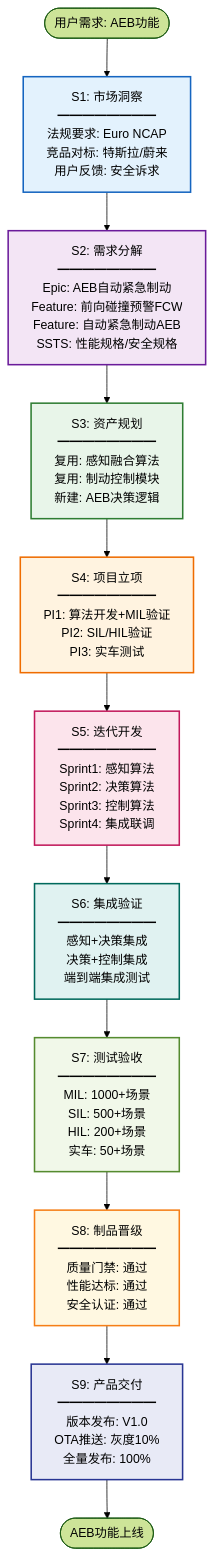
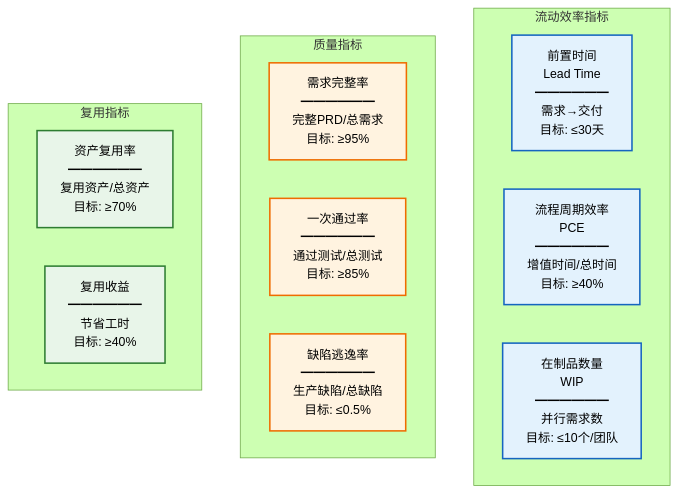
Before and after one commit to zjx-immersion/auto-rd-platform-prototype: the tenth of 30 diagrams in platform-design/AUTO_RD_PLATFORM_DESIGN_MERMAID.md, drawn with Mermaid (forest theme). The commit also changed other lines of this file, not shown here.

````diff
--- a/platform-design/AUTO_RD_PLATFORM_DESIGN_MERMAID.md
+++ b/platform-design/AUTO_RD_PLATFORM_DESIGN_MERMAID.md
@@ -503,32 +405,28 @@
 ```mermaid
 graph TB
-    Start([用户需求: AEB功能]) --> S1_1[S1: 市场洞察<br/>━━━━━━━━<br/>法规要求: Euro NCAP<br/>竞品对标: 特斯拉/蔚来<br/>用户反馈: 安全诉求]
+    subgraph 流动效率指标
+        M1[前置时间<br/>Lead Time<br/>━━━━━━<br/>需求→交付<br/>目标: ≤30天]
+        M2[流程周期效率<br/>PCE<br/>━━━━━━<br/>增值时间/总时间<br/>目标: ≥40%]
+        M3[在制品数量<br/>WIP<br/>━━━━━━<br/>并行需求数<br/>目标: ≤10个/团队]
+    end
 
-    S1_1 --> S2_1[S2: 需求分解<br/>━━━━━━━━<br/>Epic: AEB自动紧急制动<br/>Feature: 前向碰撞预警FCW<br/>Feature: 自动紧急制动AEB<br/>SSTS: 性能规格/安全规格]
+    subgraph 质量指标
+        Q1[需求完整率<br/>━━━━━━<br/>完整PRD/总需求<br/>目标: ≥95%]
+        Q2[一次通过率<br/>━━━━━━<br/>通过测试/总测试<br/>目标: ≥85%]
+        Q3[缺陷逃逸率<br/>━━━━━━<br/>生产缺陷/总缺陷<br/>目标: ≤0.5%]
+    end
 
-    S2_1 --> S3_1[S3: 资产规划<br/>━━━━━━━━<br/>复用: 感知融合算法<br/>复用: 制动控制模块<br/>新建: AEB决策逻辑]
+    subgraph 复用指标
+        R1[资产复用率<br/>━━━━━━<br/>复用资产/总资产<br/>目标: ≥70%]
+        R2[复用收益<br/>━━━━━━<br/>节省工时<br/>目标: ≥40%]
+    end
 
-    S3_1 --> S4_1[S4: 项目立项<br/>━━━━━━━━<br/>PI1: 算法开发+MIL验证<br/>PI2: SIL/HIL验证<br/>PI3: 实车测试]
-
-    S4_1 --> S5_1[S5: 迭代开发<br/>━━━━━━━━<br/>Sprint1: 感知算法<br/>Sprint2: 决策算法<br/>Sprint3: 控制算法<br/>Sprint4: 集成联调]
-
-    S5_1 --> S6_1[S6: 集成验证<br/>━━━━━━━━<br/>感知+决策集成<br/>决策+控制集成<br/>端到端集成测试]
-
-    S6_1 --> S7_1[S7: 测试验收<br/>━━━━━━━━<br/>MIL: 1000+场景<br/>SIL: 500+场景<br/>HIL: 200+场景<br/>实车: 50+场景]
-
-    S7_1 --> S8_1[S8: 制品晋级<br/>━━━━━━━━<br/>质量门禁: 通过<br/>性能达标: 通过<br/>安全认证: 通过]
-
-    S8_1 --> S9_1[S9: 产品交付<br/>━━━━━━━━<br/>版本发布: V1.0<br/>OTA推送: 灰度10%<br/>全量发布: 100%]
-
-    S9_1 --> End([AEB功能上线])
-
-    style S1_1 fill:#e3f2fd,stroke:#1565c0,stroke-width:2px
-    style S2_1 fill:#f3e5f5,stroke:#6a1b9a,stroke-width:2px
-    style S3_1 fill:#e8f5e9,stroke:#2e7d32,stroke-width:2px
-    style S4_1 fill:#fff3e0,stroke:#ef6c00,stroke-width:2px
-    style S5_1 fill:#fce4ec,stroke:#c2185b,stroke-width:2px
-    style S6_1 fill:#e0f2f1,stroke:#00695c,stroke-width:2px
-    style S7_1 fill:#f1f8e9,stroke:#558b2f,stroke-width:2px
-    style S8_1 fill:#fff8e1,stroke:#f57f17,stroke-width:2px
-    style S9_1 fill:#e8eaf6,stroke:#283593,stroke-width:2px
+    style M1 fill:#e3f2fd,stroke:#1565c0,stroke-width:2px
+    style M2 fill:#e3f2fd,stroke:#1565c0,stroke-width:2px
+    style M3 fill:#e3f2fd,stroke:#1565c0,stroke-width:2px
+    style Q1 fill:#fff3e0,stroke:#ef6c00,stroke-width:2px
+    style Q2 fill:#fff3e0,stroke:#ef6c00,stroke-width:2px
+    style Q3 fill:#fff3e0,stroke:#ef6c00,stroke-width:2px
+    style R1 fill:#e8f5e9,stroke:#2e7d32,stroke-width:2px
+    style R2 fill:#e8f5e9,stroke:#2e7d32,stroke-width:2px
 ```
````
